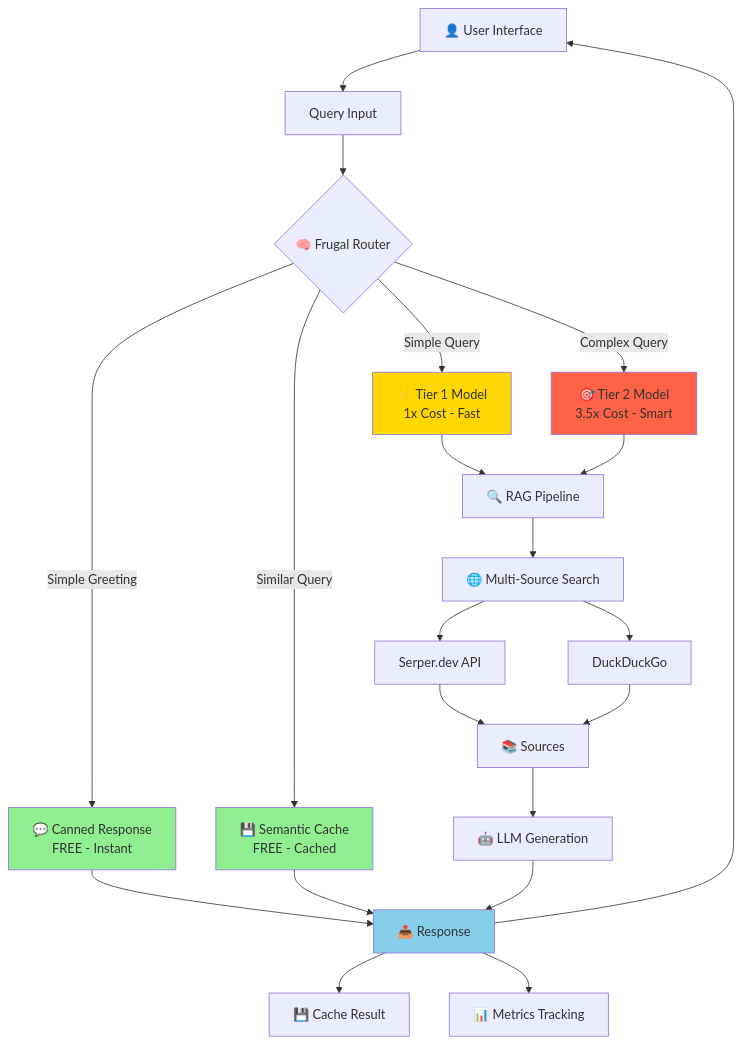
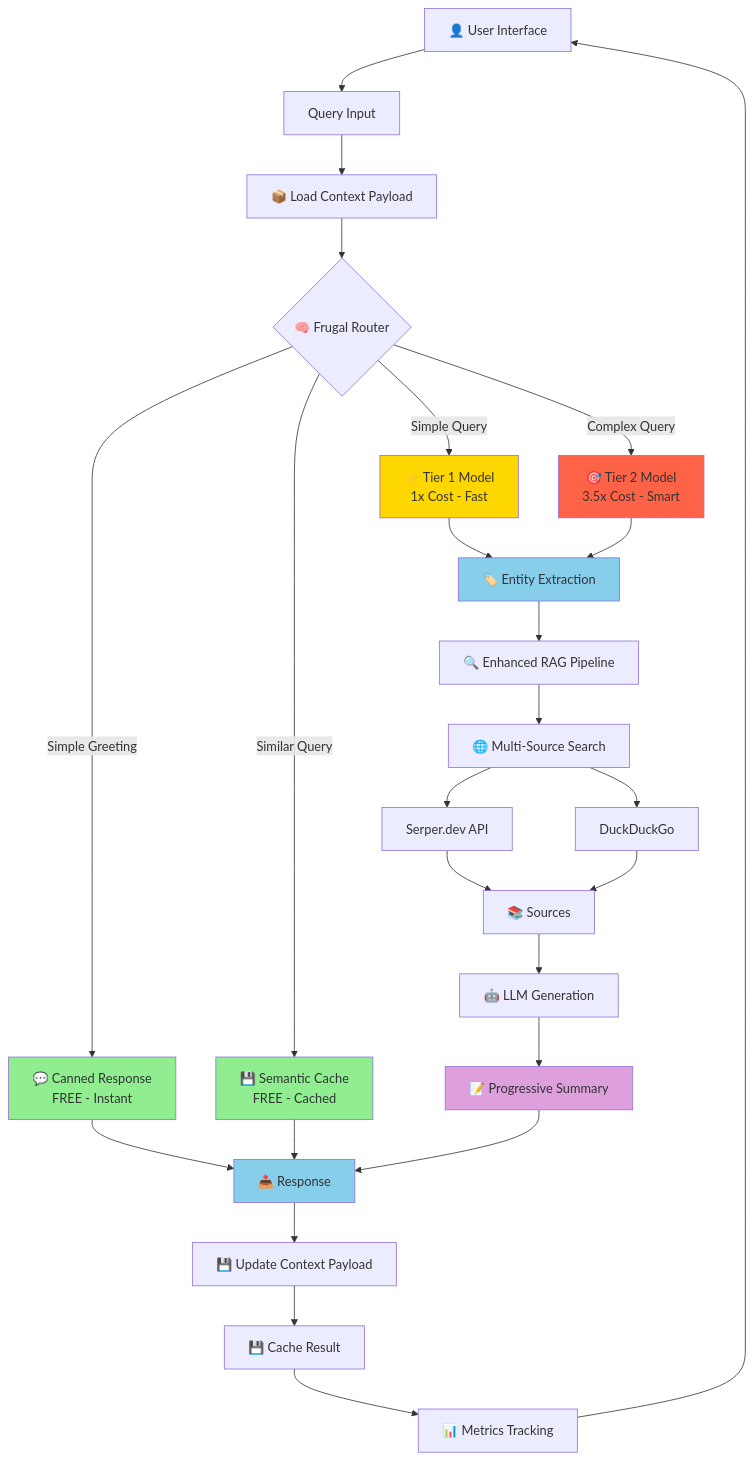
Before and after one commit to ashfrnndz21/RouterBasedGPT_Frugal: the diagram in README.md, drawn with Mermaid. The commit also changed other lines of this file and 66 other files, not shown here.

````diff
--- a/README.md
+++ b/README.md
@@ -42,36 +46,42 @@
 ```mermaid
 graph TB
     User[👤 User Interface] --> Input[Query Input]
-    Input --> Router{🧠 Frugal Router}
+    Input --> Context[📦 Load Context Payload]
+    Context --> Router{🧠 Frugal Router}
     
     Router -->|Simple Greeting| Canned[💬 Canned Response<br/>FREE - Instant]
     Router -->|Similar Query| Cache[💾 Semantic Cache<br/>FREE - Cached]
     Router -->|Simple Query| Tier1[⚡ Tier 1 Model<br/>1x Cost - Fast]
     Router -->|Complex Query| Tier2[🎯 Tier 2 Model<br/>3.5x Cost - Smart]
     
     Canned --> Response[📤 Response]
     Cache --> Response
     
-    Tier1 --> RAG[🔍 RAG Pipeline]
-    Tier2 --> RAG
+    Tier1 --> Entity[🏷️ Entity Extraction]
+    Tier2 --> Entity
     
+    Entity --> RAG[🔍 Enhanced RAG Pipeline]
     RAG --> Search[🌐 Multi-Source Search]
     Search --> Serper[Serper.dev API]
     Search --> DDG[DuckDuckGo]
     
     Serper --> Sources[📚 Sources]
     DDG --> Sources
     
     Sources --> LLM[🤖 LLM Generation]
-    LLM --> Response
+    LLM --> Summary[📝 Progressive Summary]
+    Summary --> Response
     
-    Response --> CacheStore[💾 Cache Result]
-    Response --> Metrics[📊 Metrics Tracking]
-    Response --> User
+    Response --> UpdateContext[💾 Update Context Payload]
+    UpdateContext --> CacheStore[💾 Cache Result]
+    CacheStore --> Metrics[📊 Metrics Tracking]
+    Metrics --> User
     
     style Canned fill:#90EE90
     style Cache fill:#90EE90
     style Tier1 fill:#FFD700
     style Tier2 fill:#FF6347
+    style Entity fill:#87CEEB
+    style Summary fill:#DDA0DD
     style Response fill:#87CEEB
 ```
````
